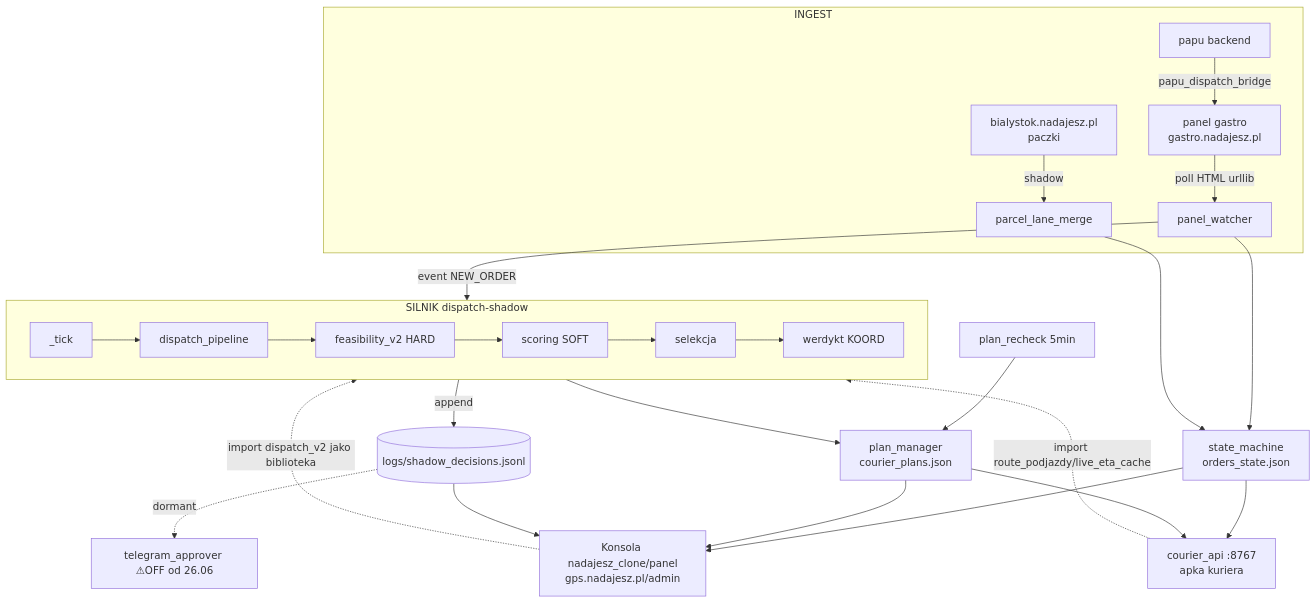
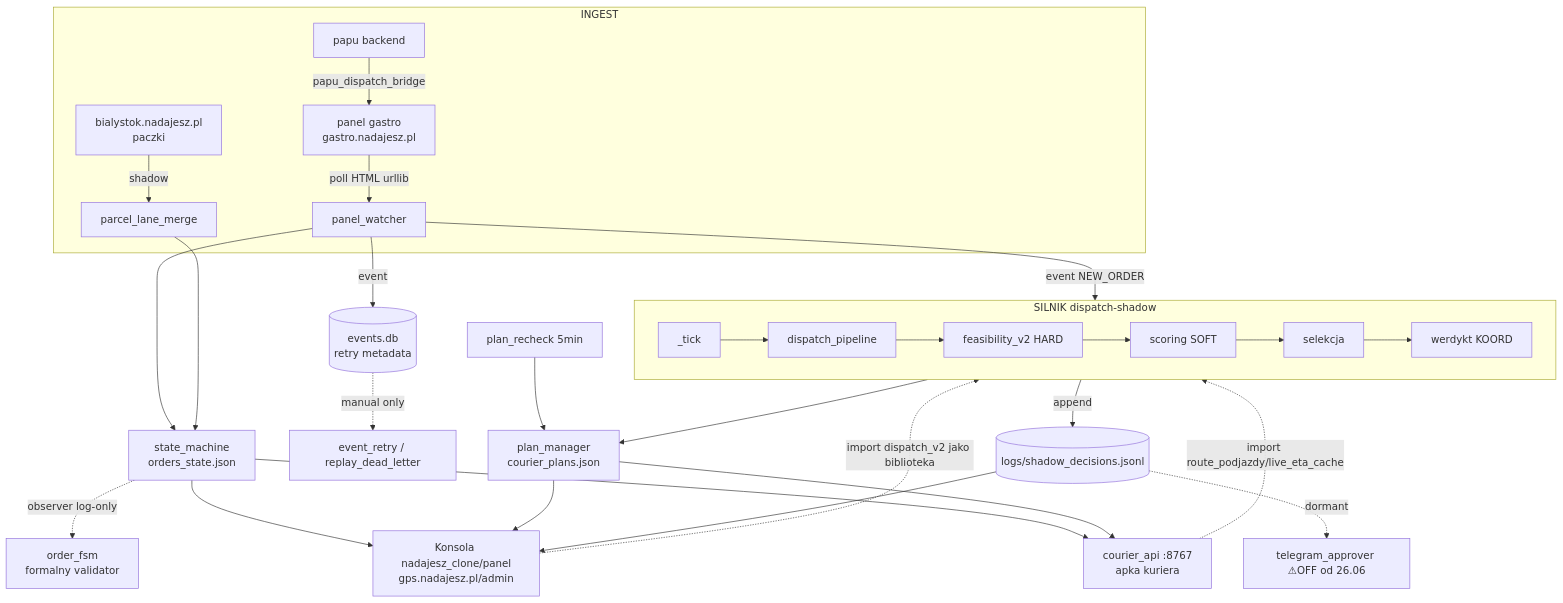
One commit to czaplaadrian88-code/ziomek-dispatch- changed the diagram in docs/ARCHITECTURE.md. Above: the diagram before and after it, drawn with Mermaid. The commit also changed other lines of this file and 3 other files, not shown here.

````diff
--- a/docs/ARCHITECTURE.md
+++ b/docs/ARCHITECTURE.md
@@ -45,25 +45,28 @@
 ```mermaid
 flowchart TD
   subgraph INGEST
     G[panel gastro<br/>gastro.nadajesz.pl] -->|poll HTML urllib| PW[panel_watcher]
     PA[bialystok.nadajesz.pl<br/>paczki] -->|shadow| PM[parcel_lane_merge]
     PP[papu backend] -->|papu_dispatch_bridge| G
   end
   PW --> SM[state_machine<br/>orders_state.json]
+  SM -.->|observer log-only| FSM[order_fsm<br/>formalny validator]
   PW -->|event NEW_ORDER| ENG
+  PW -->|event| EB[(events.db<br/>retry metadata)]
+  EB -.->|manual only| RH[event_retry / replay_dead_letter]
   PM --> SM
   subgraph ENG [SILNIK dispatch-shadow]
     T[_tick] --> DP[dispatch_pipeline] --> FE[feasibility_v2 HARD] --> SC[scoring SOFT] --> SEL[selekcja] --> VD[werdykt KOORD]
   end
   ENG -->|append| SD[(logs/shadow_decisions.jsonl)]
   ENG --> PMG[plan_manager<br/>courier_plans.json]
   PR[plan_recheck 5min] --> PMG
   SD -. dormant .-> TG[telegram_approver ⚠OFF od 26.06]
   SM --> CON[Konsola nadajesz_clone/panel<br/>gps.nadajesz.pl/admin]
   PMG --> CON
   SD --> CON
   SM --> CAPI[courier_api :8767<br/>apka kuriera]
   PMG --> CAPI
   CON -.->|import dispatch_v2 jako biblioteka| ENG
   CAPI -.->|import route_podjazdy/live_eta_cache| ENG
 ```
````
